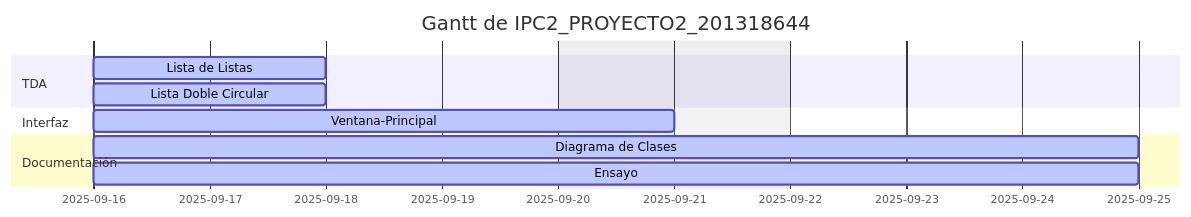
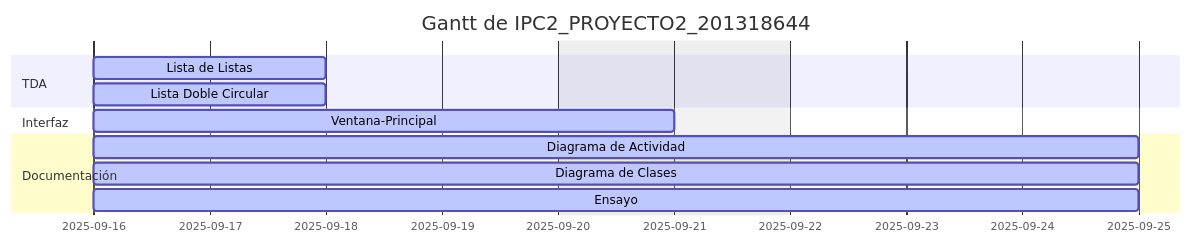
Before and after one commit to MynorCifuentes/GuateRiegos-2.0: the diagram in docs/gantt.md, drawn with Mermaid.

Commit message:
Actualiza diagrama de Gantt automático

````diff
--- a/docs/gantt.md
+++ b/docs/gantt.md
@@ -1,15 +1,16 @@
 ```mermaid
 gantt
     dateFormat  YYYY-MM-DD
     title Gantt de IPC2_PROYECTO2_201318644
     excludes    weekends
     section TDA
     Lista de Listas :active, 2, 2025-09-16, 2025-09-18
     Lista Doble Circular :active, 1, 2025-09-16, 2025-09-18
     section Interfaz
     Ventana-Principal :active, 3, 2025-09-16, 2025-09-21
     section Reportes
     section Documentación
+    Diagrama de Actividad :active, 6, 2025-09-16, 2025-09-25
     Diagrama de Clases :active, 5, 2025-09-16, 2025-09-25
     Ensayo :active, 4, 2025-09-16, 2025-09-25
 ```
````
